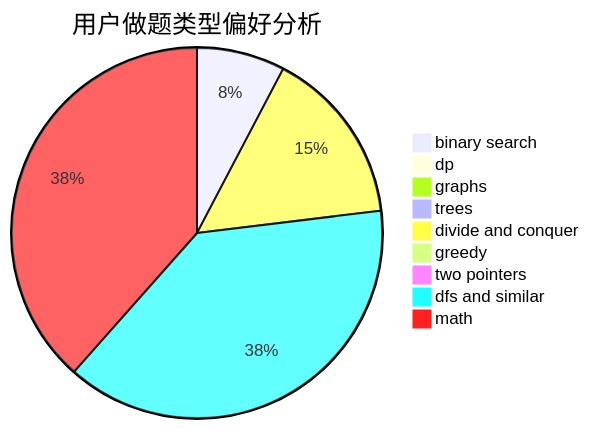
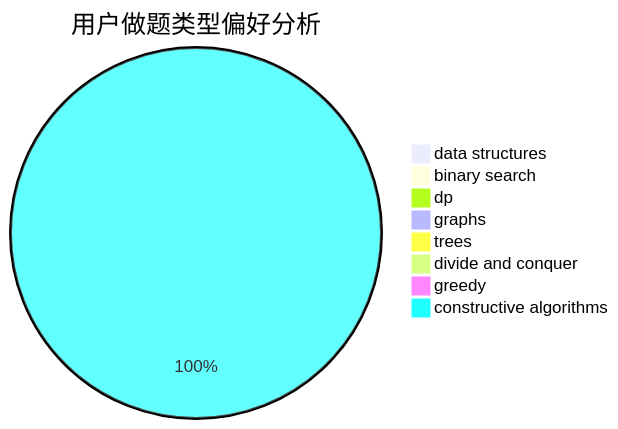
Before and after one commit to sherpahu/cfrs.github.io: the second of 3 diagrams in docs/user/u196.md, drawn with Mermaid. The commit also changed other lines of this file and 2775 other files, not shown here.

````diff
--- a/docs/user/u196.md
+++ b/docs/user/u196.md
@@ -23,12 +23,11 @@
 ```mermaid
 pie title 用户做题类型偏好分析
-    "binary search" :  1
+    "data structures" :  0
+    "binary search" :  0
     "dp" :  0
     "graphs" :  0
     "trees" :  0
-    "divide and conquer" :  2
+    "divide and conquer" :  0
     "greedy" :  0
-    "two pointers" :  0
-    "dfs and similar" :  5
-    "math" :  5
+    "constructive algorithms" :  5
 ```
````
